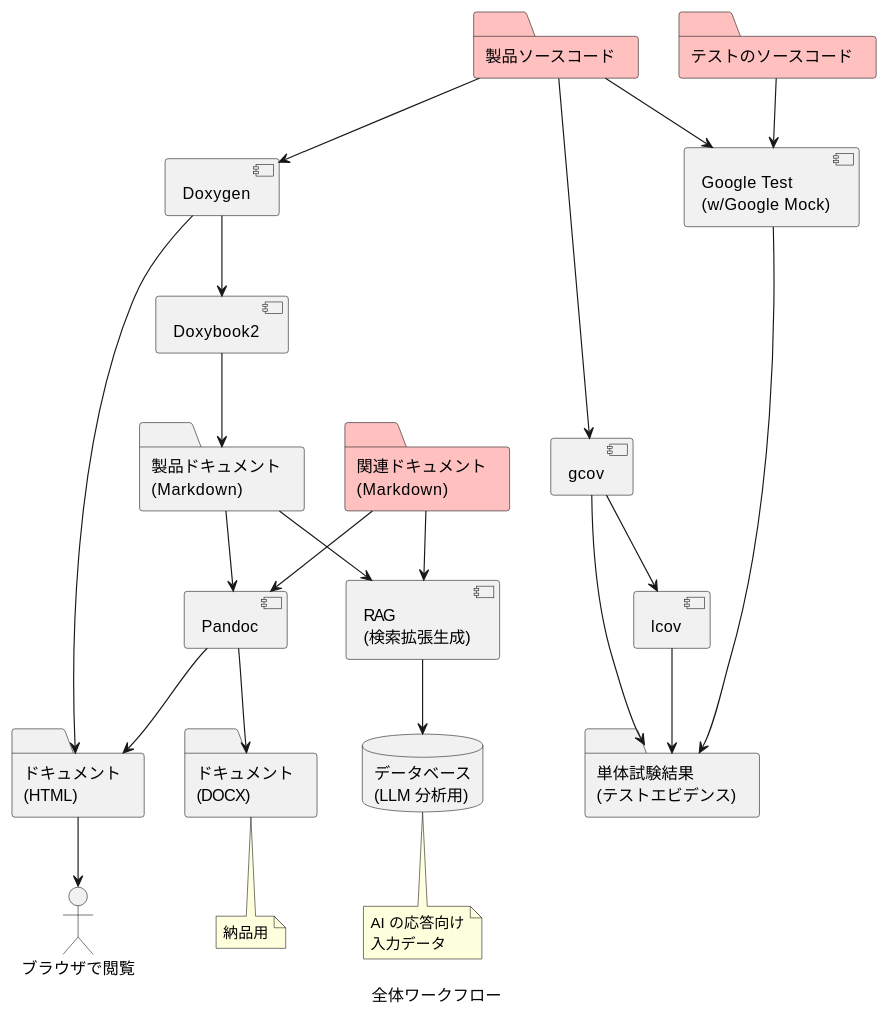
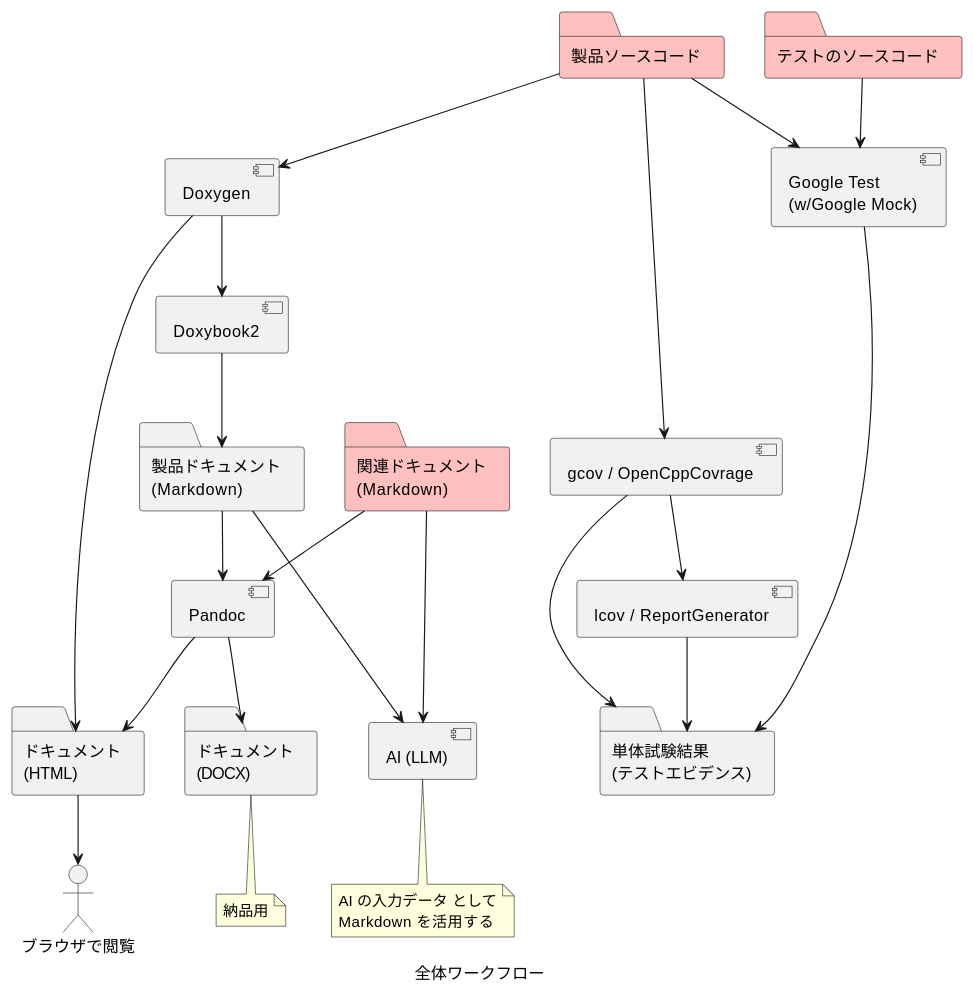
The second of 2 diagrams in docs-src/about-modern-development.md (Hondarer/c-modernization-kit), drawn with PlantUML before and after one commit. The commit also changed other lines of this file, not shown here.

Commit message:
ドキュメントの更新

````diff
--- a/docs-src/about-modern-development.md
+++ b/docs-src/about-modern-development.md
@@ -40,47 +40,45 @@
 ```plantuml
 @startuml 全体ワークフロー
     caption 全体ワークフロー
     folder "製品ソースコード" as src #ffc0c0
     component Doxygen
     component Doxybook2
     folder "製品ドキュメント\n(Markdown)" as src_md
     folder "テストのソースコード" as test_src #ffc0c0
     folder "単体試験結果\n(テストエビデンス)" as test_evi
-    component "gcov" as gcov
-    component "lcov" as lcov
+    component "gcov / OpenCppCovrage" as gcov
+    component "lcov / ReportGenerator" as lcov
     component "Google Test\n(w/Google Mock)" as gtest
     folder "関連ドキュメント\n(Markdown)" as docs_md #ffc0c0
     component Pandoc
     folder "ドキュメント\n(HTML)" as html
     folder "ドキュメント\n(DOCX)" as docx
     note bottom
         納品用
     end note
     actor "ブラウザで閲覧" as developer
-    component "RAG\n(検索拡張生成)" as rag
-    database "データベース\n(LLM 分析用)" as llm_db
+    component "AI (LLM)" as llm
     note bottom
-        AI の応答向け
-        入力データ
+        AI の入力データ として
+        Markdown を活用する
     end note
     src --> Doxygen
     Doxygen --> Doxybook2
     Doxybook2 --> src_md
     Doxygen --> html
     src --> gtest
     src --> gcov
     gcov --> lcov
     gcov --> test_evi
     lcov --> test_evi
     test_src --> gtest
     gtest -----> test_evi
     docs_md --> Pandoc
     src_md --> Pandoc
     Pandoc --> html
     Pandoc --> docx
     html --> developer
-    docs_md --> rag
-    src_md --> rag
-    rag --> llm_db
+    docs_md --> llm
+    src_md ---> llm
 @enduml
 ```
````
